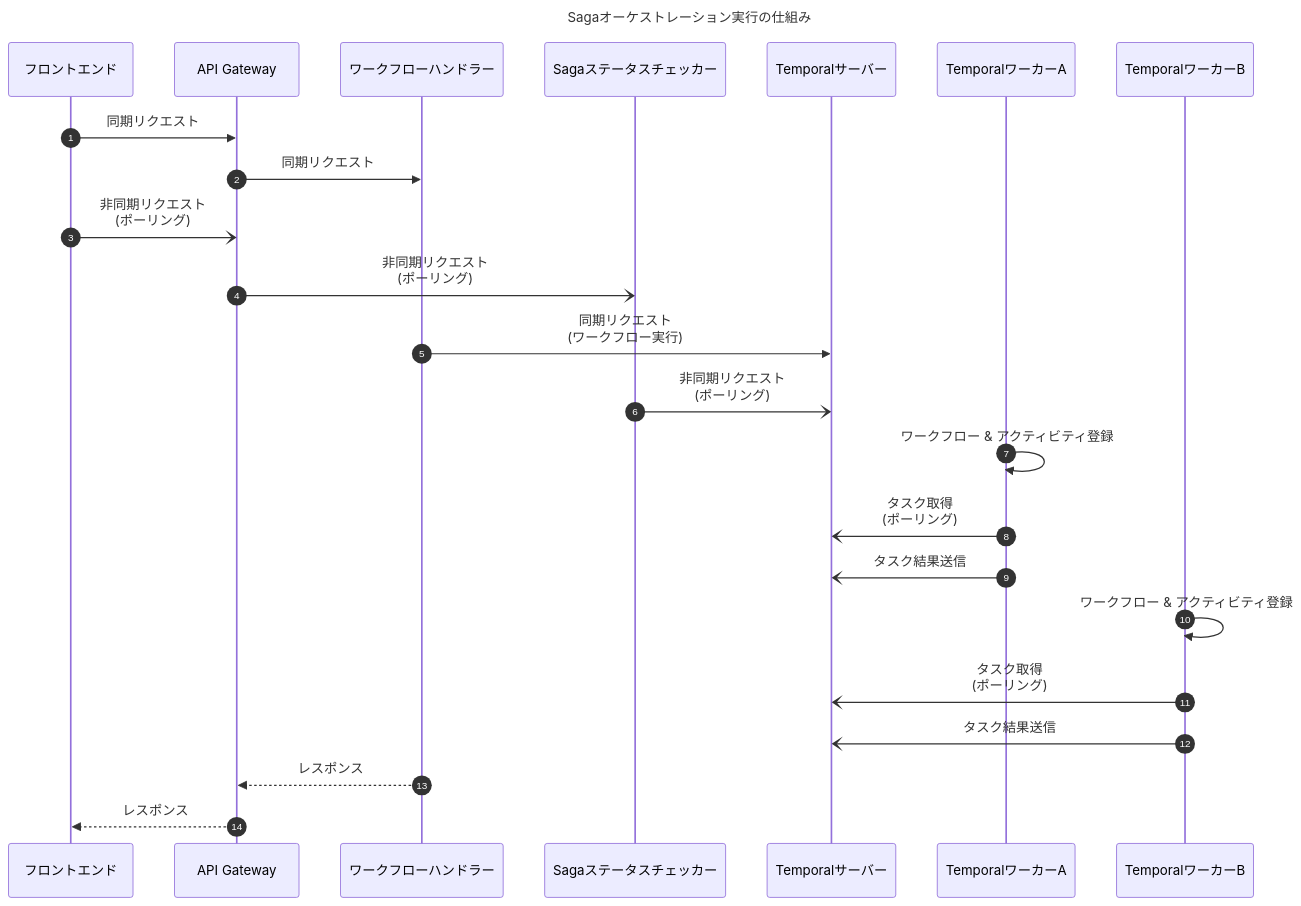
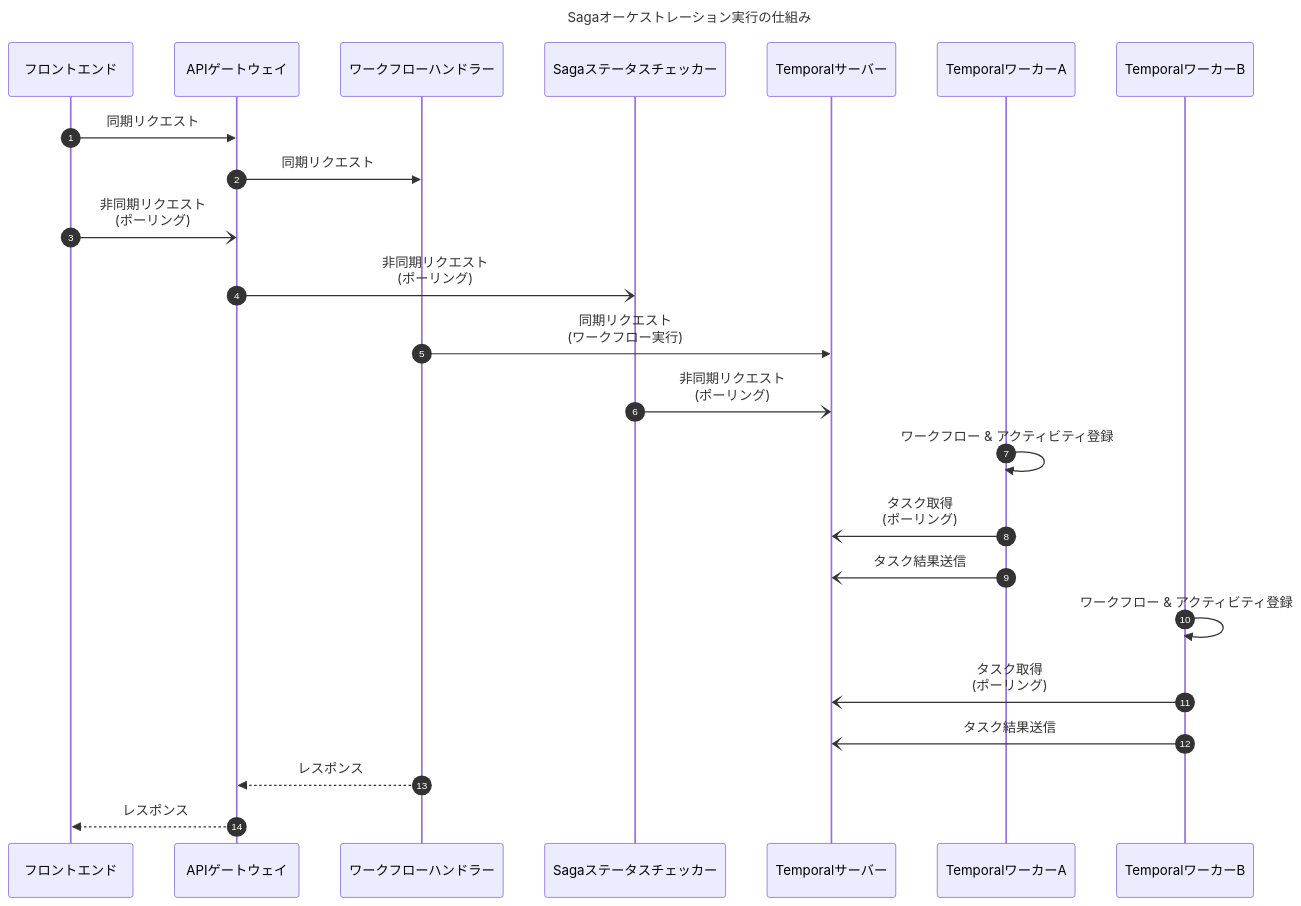
One commit to hiroki-it/tech-notebook changed the diagram in docs/software/software_application_workflow_temporal.md. Above: the diagram before and after it, drawn with Mermaid. The commit also changed 9 other files, not shown here.

````diff
--- a/docs/software/software_application_workflow_temporal.md
+++ b/docs/software/software_application_workflow_temporal.md
@@ -551,36 +551,36 @@
 ```mermaid
 ---
 title: Sagaオーケストレーション実行の仕組み
 ---
 sequenceDiagram
 
     autonumber
 
-    フロントエンド ->> API Gateway: 同期リクエスト
+    フロントエンド ->> APIゲートウェイ: 同期リクエスト
 
-    API Gateway ->> ワークフローハンドラー: 同期リクエスト
+    APIゲートウェイ ->> ワークフローハンドラー: 同期リクエスト
 
-    フロントエンド -) API Gateway: 非同期リクエスト<br>(ポーリング)
+    フロントエンド -) APIゲートウェイ: 非同期リクエスト<br>(ポーリング)
 
-    API Gateway -) Sagaステータスチェッカー: 非同期リクエスト<br>(ポーリング)
+    APIゲートウェイ -) Sagaステータスチェッカー: 非同期リクエスト<br>(ポーリング)
 
     ワークフローハンドラー ->> Temporalサーバー: 同期リクエスト<br>(ワークフロー実行)
 
     Sagaステータスチェッカー -) Temporalサーバー: 非同期リクエスト<br>(ポーリング)
 
     TemporalワーカーA ->> TemporalワーカーA: ワークフロー & アクティビティ登録
 
     TemporalワーカーA -) Temporalサーバー: タスク取得<br>(ポーリング)
 
     TemporalワーカーA -) Temporalサーバー: タスク結果送信
 
     TemporalワーカーB ->> TemporalワーカーB: ワークフロー & アクティビティ登録
 
     TemporalワーカーB -) Temporalサーバー: タスク取得<br>(ポーリング)
 
     TemporalワーカーB -) Temporalサーバー: タスク結果送信
 
-    ワークフローハンドラー -->> API Gateway: レスポンス
+    ワークフローハンドラー -->> APIゲートウェイ: レスポンス
 
-    API Gateway -->> フロントエンド: レスポンス
+    APIゲートウェイ -->> フロントエンド: レスポンス
 ```
````
